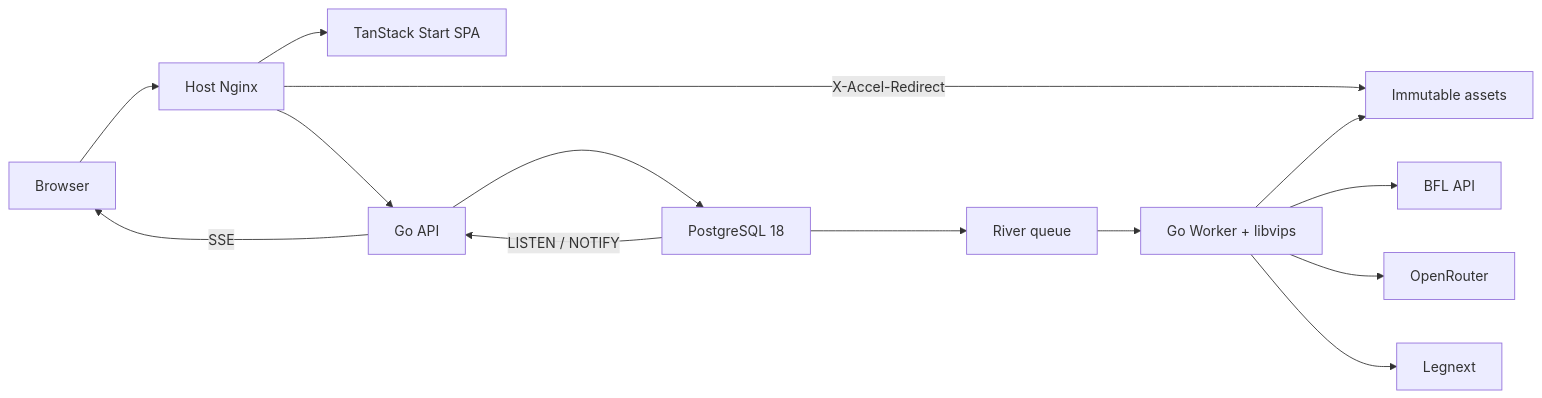
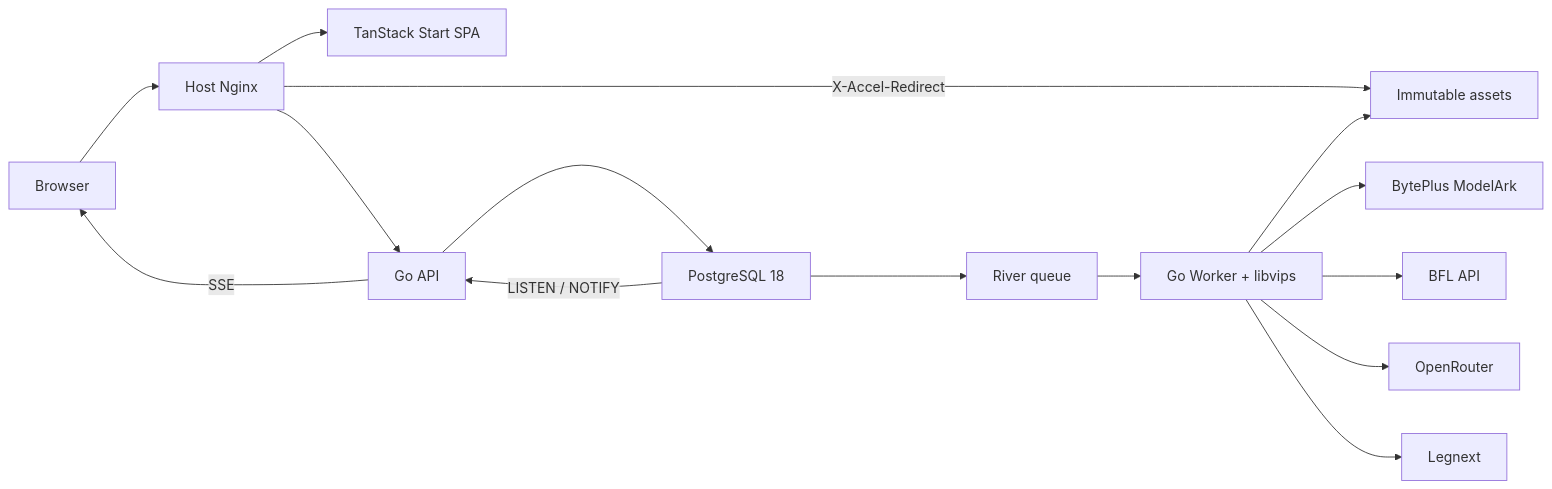
The second of 2 diagrams in README.md (yangliu05418-spec/Cornfield), drawn with Mermaid before and after one commit. The commit also changed other lines of this file and 6 other files, not shown here.

Commit message:
test(canary): add BytePlus release matrix

````diff
--- a/README.md
+++ b/README.md
@@ -63,16 +63,17 @@
 ```mermaid
 flowchart LR
     B["Browser"] --> N["Host Nginx"]
     N --> W["TanStack Start SPA"]
     N --> A["Go API"]
     N -->|"X-Accel-Redirect"| F["Immutable assets"]
     A --> P["PostgreSQL 18"]
     P -->|"LISTEN / NOTIFY"| A
     A -->|"SSE"| B
     P --> Q["River queue"]
     Q --> R["Go Worker + libvips"]
     R --> L["Legnext"]
     R --> O["OpenRouter"]
     R --> X["BFL API"]
+    R --> Y["BytePlus ModelArk"]
     R --> F
 ```
````
